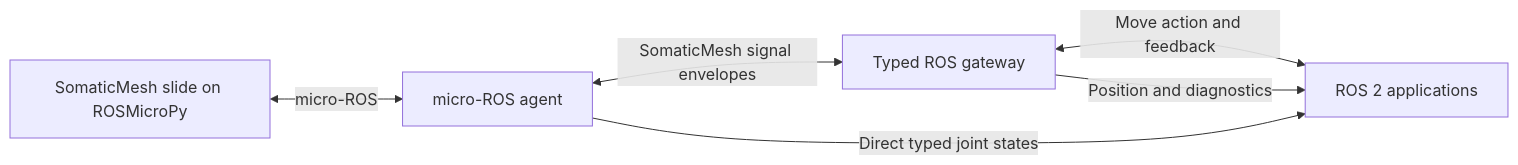
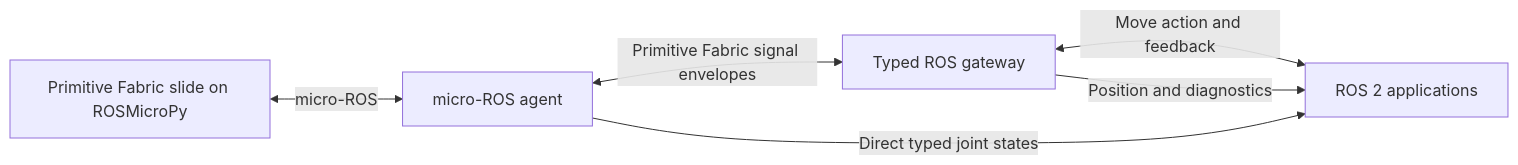
One commit to ROSMicroPy/RobotPrimitivesStack changed the diagram in docs/content/ros-integration.md. Above: the diagram before and after it, drawn with Mermaid. The commit also changed other lines of this file and 39 other files, not shown here.

Commit message:
Use Primitive Fabric branding throughout documentation

````diff
--- a/docs/content/ros-integration.md
+++ b/docs/content/ros-integration.md
@@ -14,8 +14,8 @@
 ```mermaid
 flowchart LR
-    Device[SomaticMesh slide on ROSMicroPy] <-->|micro-ROS| Agent[micro-ROS agent]
-    Agent <-->|SomaticMesh signal envelopes| Gateway[Typed ROS gateway]
+    Device[Primitive Fabric slide on ROSMicroPy] <-->|micro-ROS| Agent[micro-ROS agent]
+    Agent <-->|Primitive Fabric signal envelopes| Gateway[Typed ROS gateway]
     Gateway <-->|Move action and feedback| Actors[ROS 2 applications]
     Agent -->|Direct typed joint states| Actors
     Gateway -->|Position and diagnostics| Actors
 ```
````
